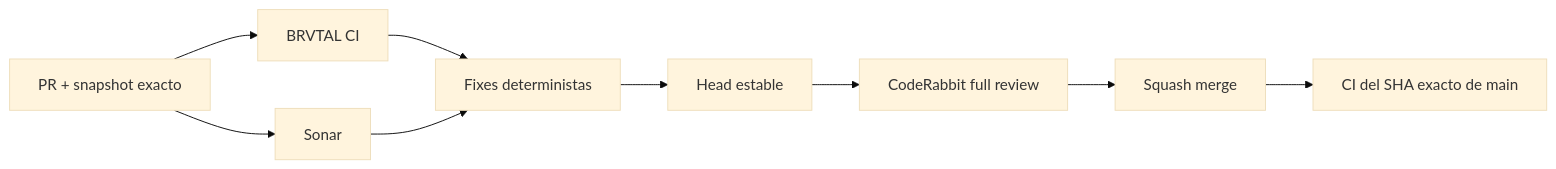
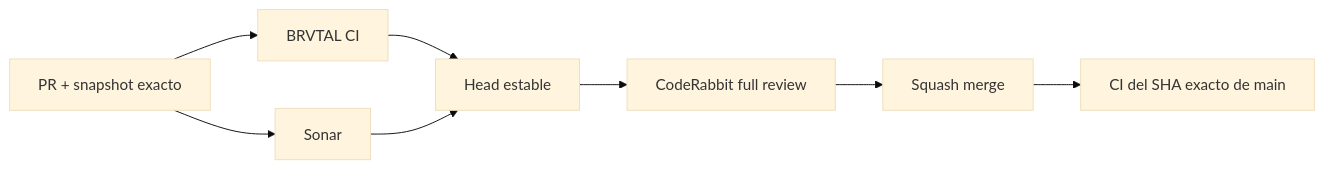
The diagram in README.md (pl0n3r/brvtal), drawn with Mermaid (base theme) before and after one commit. The commit also changed other lines of this file, not shown here.

````diff
--- a/README.md
+++ b/README.md
@@ -27,11 +27,10 @@
 ```mermaid
 flowchart LR
     A["PR + snapshot exacto"] --> B["BRVTAL CI"]
     A --> C["Sonar"]
-    B --> D["Fixes deterministas"]
+    B --> D["Head estable"]
     C --> D
-    D --> E["Head estable"]
-    E --> F["CodeRabbit full review"]
-    F --> G["Squash merge"]
-    G --> H["CI del SHA exacto de main"]
+    D --> E["CodeRabbit full review"]
+    E --> F["Squash merge"]
+    F --> G["CI del SHA exacto de main"]
 ```
````
